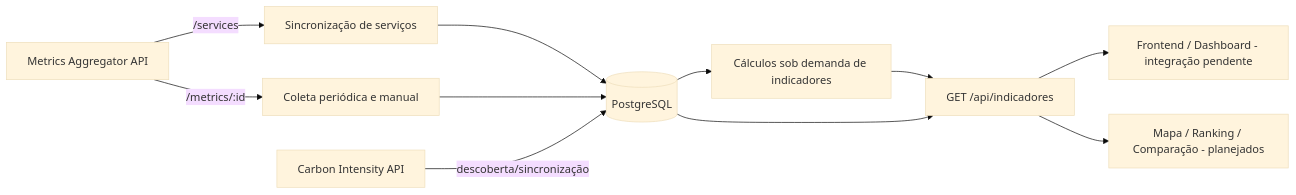
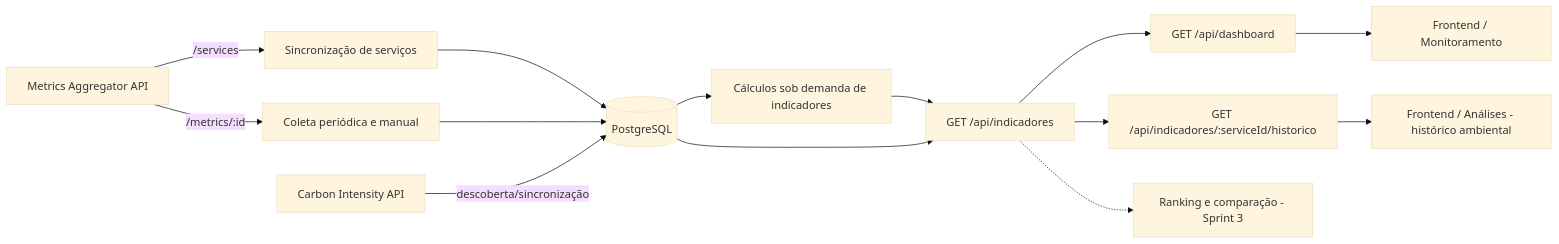
The second of 3 diagrams in docs/arquitetura.md (let-zapplin/GreenER), drawn with Mermaid (base theme) before and after one commit. The commit also changed other lines of this file and 11 other files, not shown here.

````diff
--- a/docs/arquitetura.md
+++ b/docs/arquitetura.md
@@ -37,17 +37,20 @@
 ```mermaid
 flowchart LR
     M[Metrics Aggregator API] -->|/services| S[Sincronização de serviços]
     M -->|/metrics/:id| C[Coleta periódica e manual]
 
     S --> DB[(PostgreSQL)]
     C --> DB
 
     CI[Carbon Intensity API] -->|descoberta/sincronização| DB
     DB --> CALC[Cálculos sob demanda de indicadores]
 
     CALC --> API[GET /api/indicadores]
     DB --> API
+    API --> DASHAPI[GET /api/dashboard]
+    API --> HISTORY[GET /api/indicadores/:serviceId/historico]
 
-    API --> DASH[Frontend / Dashboard - integração pendente]
-    API --> ANA[Mapa / Ranking / Comparação - planejados]
+    DASHAPI --> DASH[Frontend / Monitoramento]
+    HISTORY --> ANA[Frontend / Análises - histórico ambiental]
+    API -.-> FUTURO[Ranking e comparação - Sprint 3]
 ```
````
